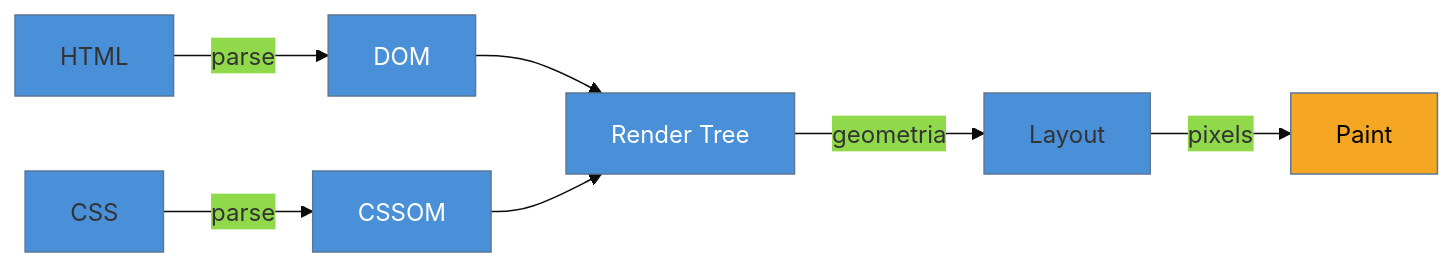
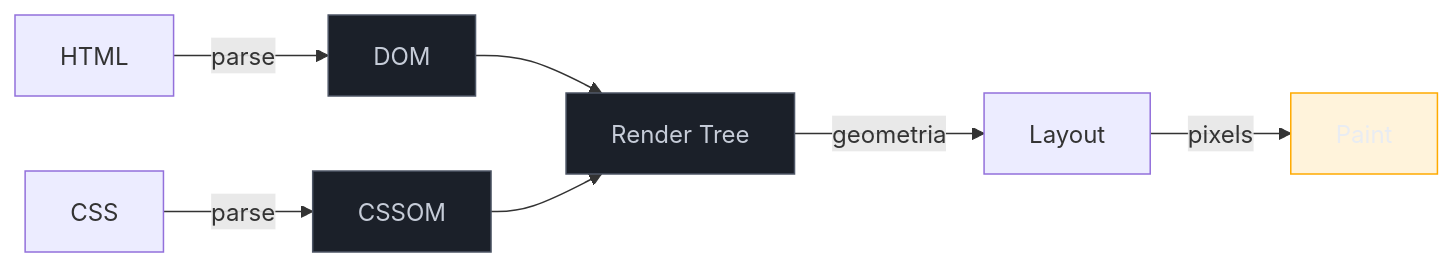
One commit to josenaldo/codex-technomanticus changed the diagram in 03-Dominios/Tecnologia/Web Performance/Performance de Carregamento/01 - O Critical Rendering Path.md. Above: the diagram before and after it, drawn with Mermaid. The commit also changed 1181 other files, not shown here.

First line of the commit message:
fix(diagramas): paleta do sistema no lugar de cor cravada no markdown

````diff
--- a/03-Dominios/Tecnologia/Web Performance/Performance de Carregamento/01 - O Critical Rendering Path.md
+++ b/03-Dominios/Tecnologia/Web Performance/Performance de Carregamento/01 - O Critical Rendering Path.md
@@ -31,14 +31,15 @@
 ```mermaid
-%%{init: {"theme": "base", "themeVariables": {"primaryColor": "#4A90D9"}}}%%
 graph LR
+    classDef neutro fill:#1B2029,stroke:#4E5666,color:#C6CCD8
+    classDef destaque fill:#FFAA0024,stroke:#FFAA00,color:#E9ECF2
     A[HTML] -->|parse| B[DOM]
     C[CSS] -->|parse| D[CSSOM]
     B --> E[Render Tree]
     D --> E
     E -->|geometria| F[Layout]
     F -->|pixels| G[Paint]
-    style B fill:#4A90D9,color:#fff
-    style D fill:#4A90D9,color:#fff
-    style E fill:#4A90D9,color:#fff
-    style G fill:#F5A623,color:#000
+    class B neutro
+    class D neutro
+    class E neutro
+    class G destaque
 ```
````
